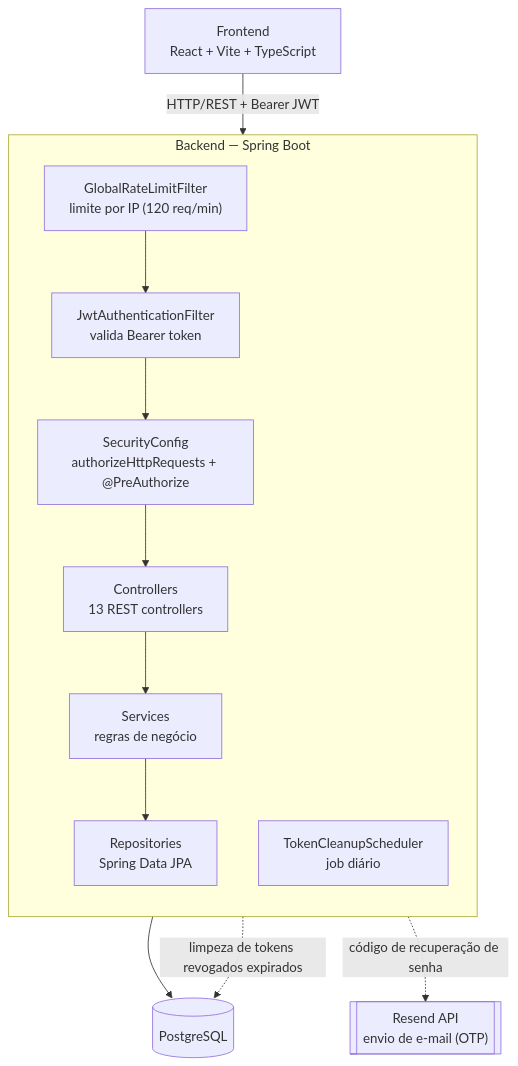
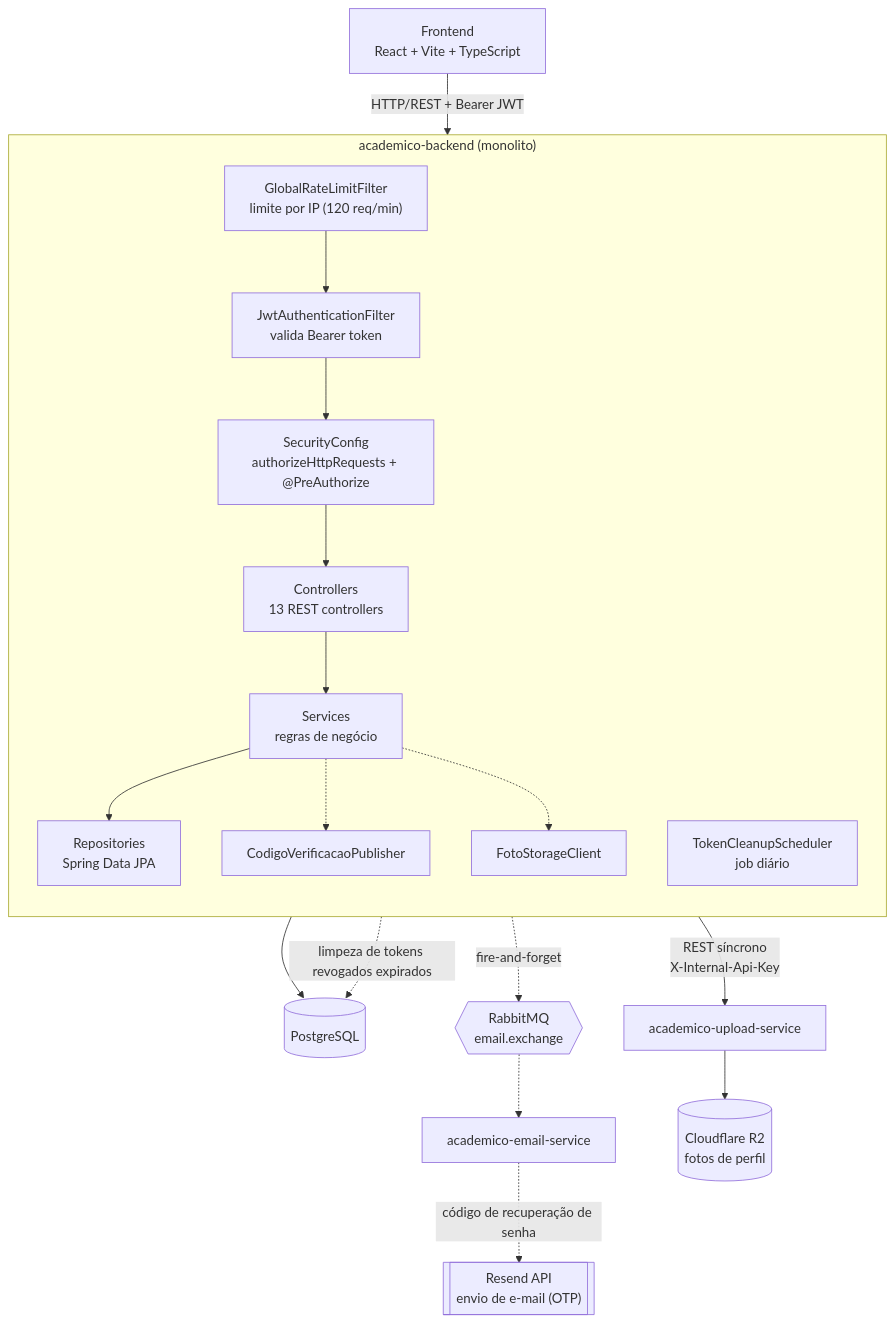
Before and after one commit to AcademicoPlus/Academico-Plus: the third of 3 diagrams in docs/diagramas.md, drawn with Mermaid. The commit also changed other lines of this file and 7 other files, not shown here.

````diff
--- a/docs/diagramas.md
+++ b/docs/diagramas.md
@@ -225,22 +226,30 @@
 ```mermaid
 graph TB
     FE["Frontend<br/>React + Vite + TypeScript"]
 
-    subgraph Backend["Backend — Spring Boot"]
+    subgraph Backend["academico-backend (monolito)"]
         direction TB
         RL["GlobalRateLimitFilter<br/>limite por IP (120 req/min)"]
         JWT["JwtAuthenticationFilter<br/>valida Bearer token"]
         SEC["SecurityConfig<br/>authorizeHttpRequests + @PreAuthorize"]
         CTRL["Controllers<br/>13 REST controllers"]
         SRV["Services<br/>regras de negócio"]
         REPO["Repositories<br/>Spring Data JPA"]
         SCHED["TokenCleanupScheduler<br/>job diário"]
+        PUB["CodigoVerificacaoPublisher"]
+        UPCLIENT["FotoStorageClient"]
     end
 
     DB[("PostgreSQL")]
-    EMAIL[["Resend API<br/>envio de e-mail (OTP)"]]
+    MQ{{"RabbitMQ<br/>email.exchange"}}
+    EMAILSVC["academico-email-service"]
+    UPLOADSVC["academico-upload-service"]
+    RESEND[["Resend API<br/>envio de e-mail (OTP)"]]
+    R2[("Cloudflare R2<br/>fotos de perfil")]
 
     FE -->|"HTTP/REST + Bearer JWT"| RL --> JWT --> SEC --> CTRL --> SRV --> REPO --> DB
-    SRV -.->|"código de recuperação de senha"| EMAIL
+    SRV -.-> PUB -.->|"fire-and-forget"| MQ -.-> EMAILSVC
+    EMAILSVC -.->|"código de recuperação de senha"| RESEND
+    SRV -.-> UPCLIENT -->|"REST síncrono<br/>X-Internal-Api-Key"| UPLOADSVC --> R2
     SCHED -.->|"limpeza de tokens revogados expirados"| DB
 ```
````
